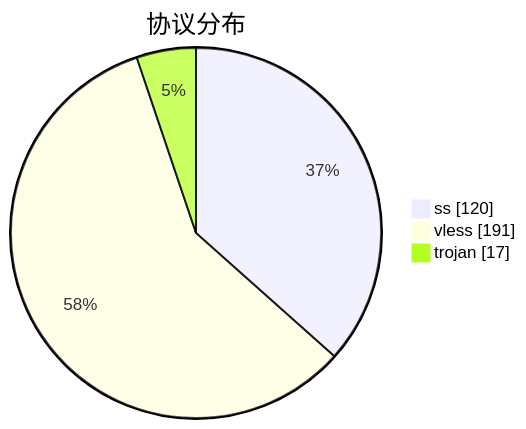
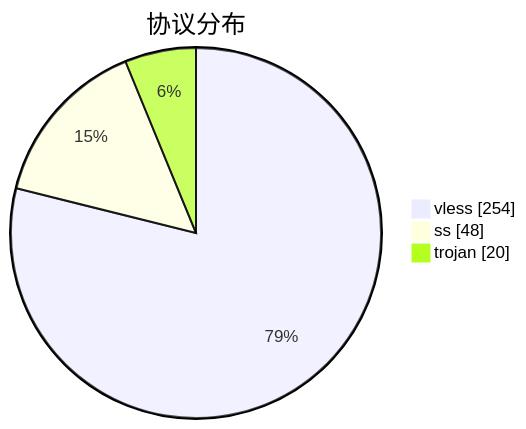
The third of 3 diagrams in subs/statistics/tested_within.md (qjlxg/airport), drawn with Mermaid before and after one commit. The commit also changed other lines of this file and 2 other files, not shown here.

````diff
--- a/subs/statistics/tested_within.md
+++ b/subs/statistics/tested_within.md
@@ -18,7 +19,7 @@
 ```mermaid
 pie showData
 title 协议分布
-"ss" : 120
-"vless" : 191
-"trojan" : 17
+"vless" : 254
+"ss" : 48
+"trojan" : 20
 ```
````
